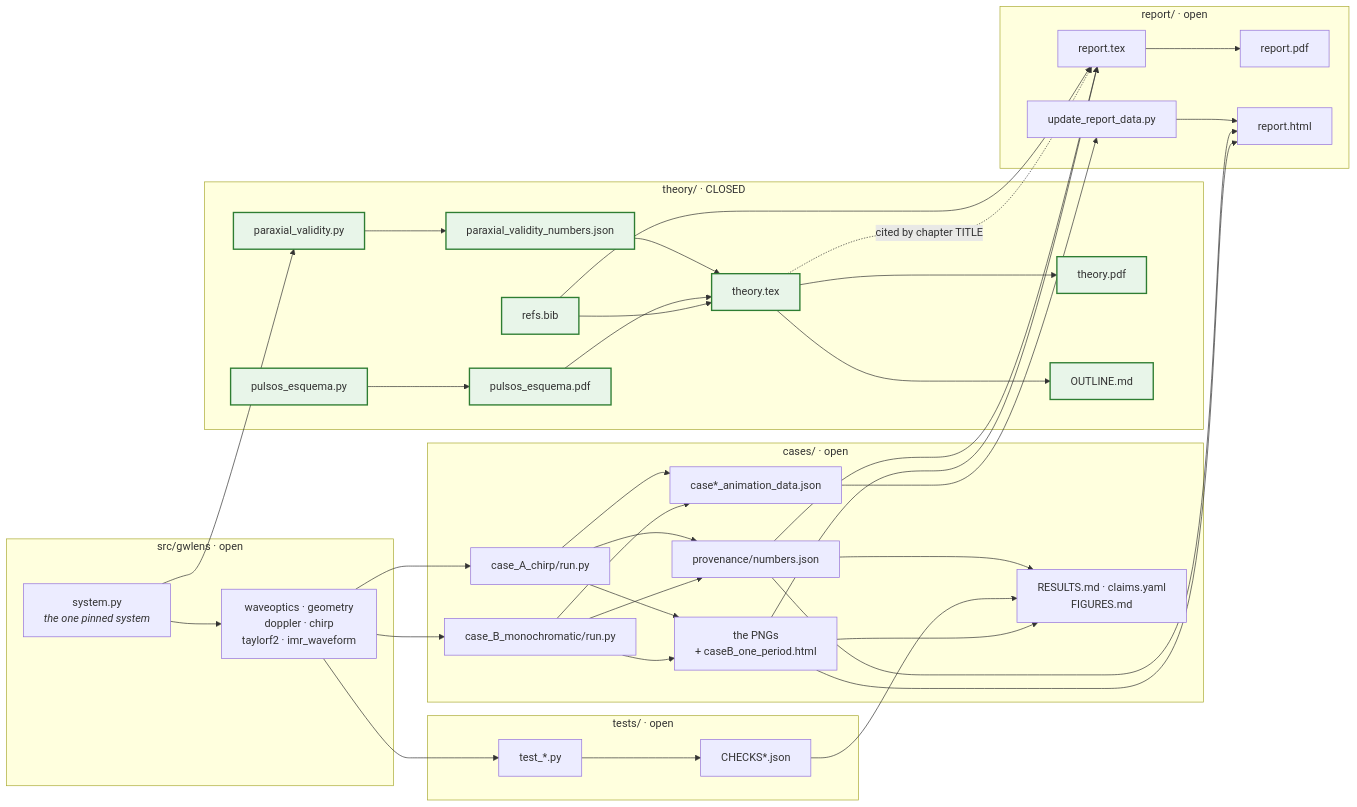
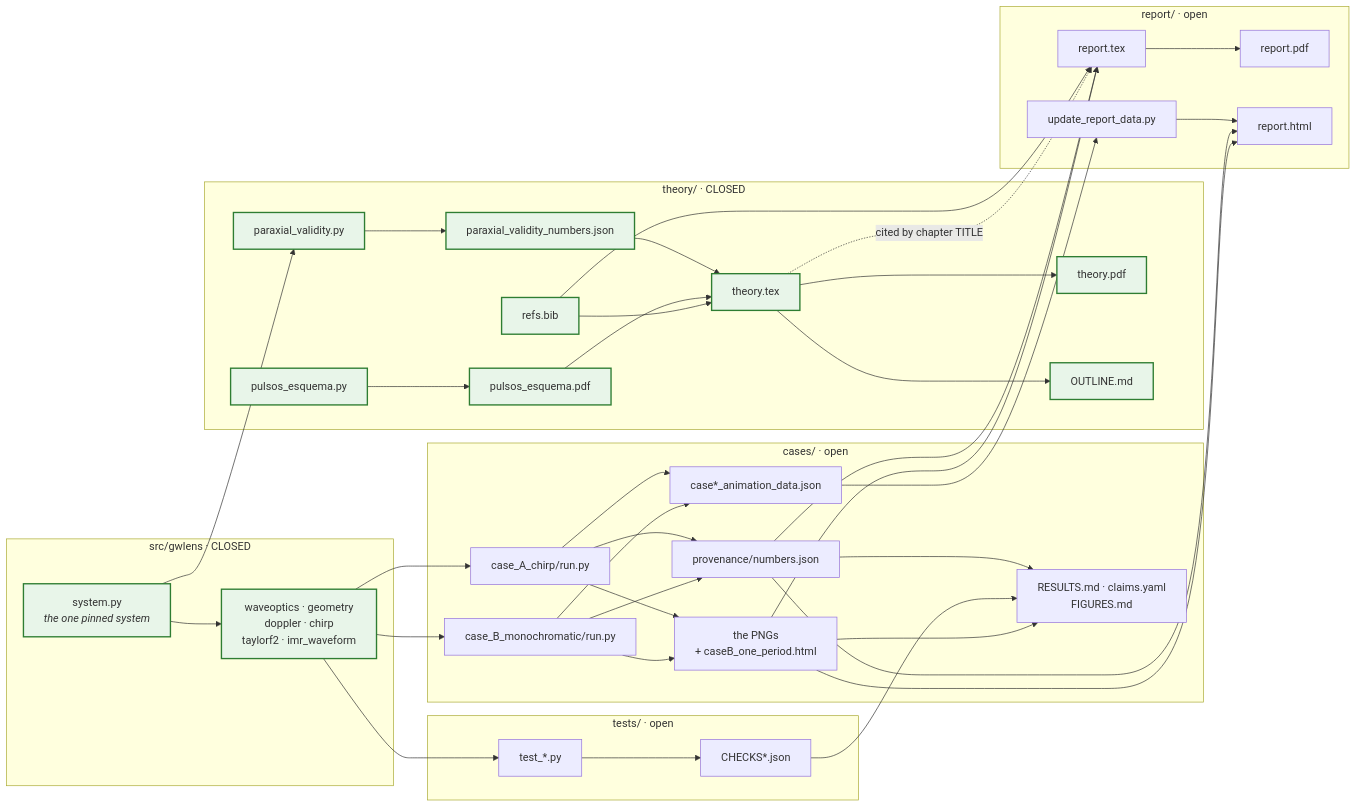
The diagram in wiki/dependencies.md (fausto-bottazzini/Gravitational-Lensing-of-GWs), drawn with Mermaid before and after one commit. The commit also changed other lines of this file and 1 other file, not shown here.

Commit message:
Close src/gwlens/
44 checks from the WSL venv with pycbc, all CHECKS*.json byte-identical to
what is committed, no false numbers left in any docstring, and everything
downstream -- tests/, both run.py, and theory/paraxial_validity.py, whose JSON
feeds a table in an already-closed folder -- still reproduces.

Claude-Session: https://claude.ai/code/session_01UhABxSWgkUZ98aUKGhMJzs

````diff
--- a/wiki/dependencies.md
+++ b/wiki/dependencies.md
@@ -33,64 +33,64 @@
 ```mermaid
 flowchart LR
-  subgraph SRC["src/gwlens · open"]
+  subgraph SRC["src/gwlens · CLOSED"]
     SYS["system.py<br/><i>the one pinned system</i>"]
     LIB["waveoptics · geometry<br/>doppler · chirp<br/>taylorf2 · imr_waveform"]
   end
 
   subgraph TST["tests/ · open"]
     TESTS["test_*.py"]
     CHK["CHECKS*.json"]
   end
 
   subgraph CAS["cases/ · open"]
     RUNA["case_A_chirp/run.py"]
     RUNB["case_B_monochromatic/run.py"]
     NUM["provenance/numbers.json"]
     FIGS["the PNGs<br/>+ caseB_one_period.html"]
     ANIM["case*_animation_data.json"]
     PROV["RESULTS.md · claims.yaml<br/>FIGURES.md"]
   end
 
   subgraph THE["theory/ · CLOSED"]
     PVPY["paraxial_validity.py"]
     PVJS["paraxial_validity_numbers.json"]
     PUPY["pulsos_esquema.py"]
     PUPDF["pulsos_esquema.pdf"]
     BIB["refs.bib"]
     TEX["theory.tex"]
     TPDF["theory.pdf"]
     OUT["OUTLINE.md"]
   end
 
   subgraph REP["report/ · open"]
     UPD["update_report_data.py"]
     RTEX["report.tex"]
     RPDF["report.pdf"]
     RHTML["report.html"]
   end
 
   SYS --> LIB
   LIB --> TESTS --> CHK
   LIB --> RUNA & RUNB
   RUNA & RUNB --> NUM & FIGS & ANIM
   NUM --> PROV
   CHK --> PROV
   FIGS --> PROV
 
   SYS --> PVPY --> PVJS --> TEX
   PUPY --> PUPDF --> TEX
   BIB --> TEX --> TPDF
   TEX --> OUT
 
   NUM --> RTEX
   FIGS --> RTEX
   BIB --> RTEX --> RPDF
   TEX -. cited by chapter TITLE .-> RTEX
 
   ANIM --> UPD --> RHTML
   NUM --> RHTML
   FIGS --> RHTML
 
   classDef closed fill:#e8f5e9,stroke:#2e7d32,stroke-width:2px;
-  class PVPY,PVJS,PUPY,PUPDF,BIB,TEX,TPDF,OUT closed;
+  class PVPY,PVJS,PUPY,PUPDF,BIB,TEX,TPDF,OUT,SYS,LIB closed;
 ```
````
